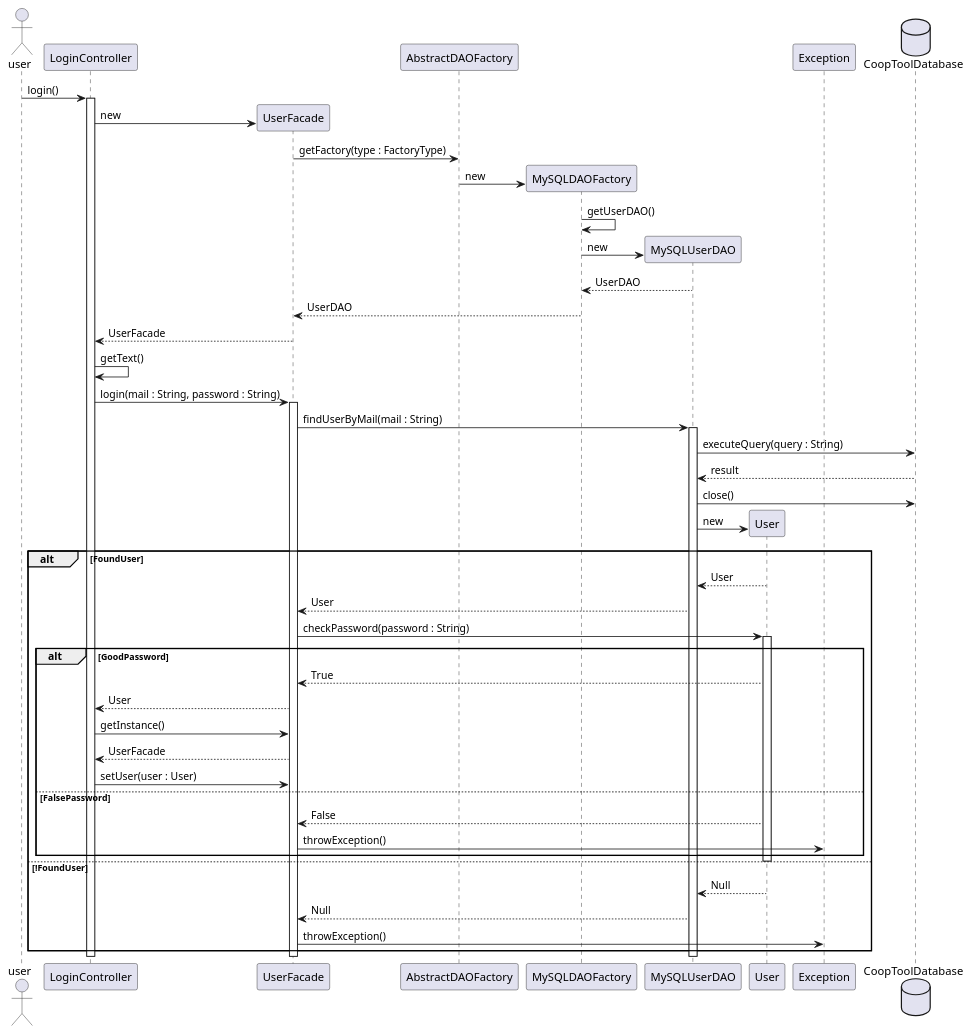
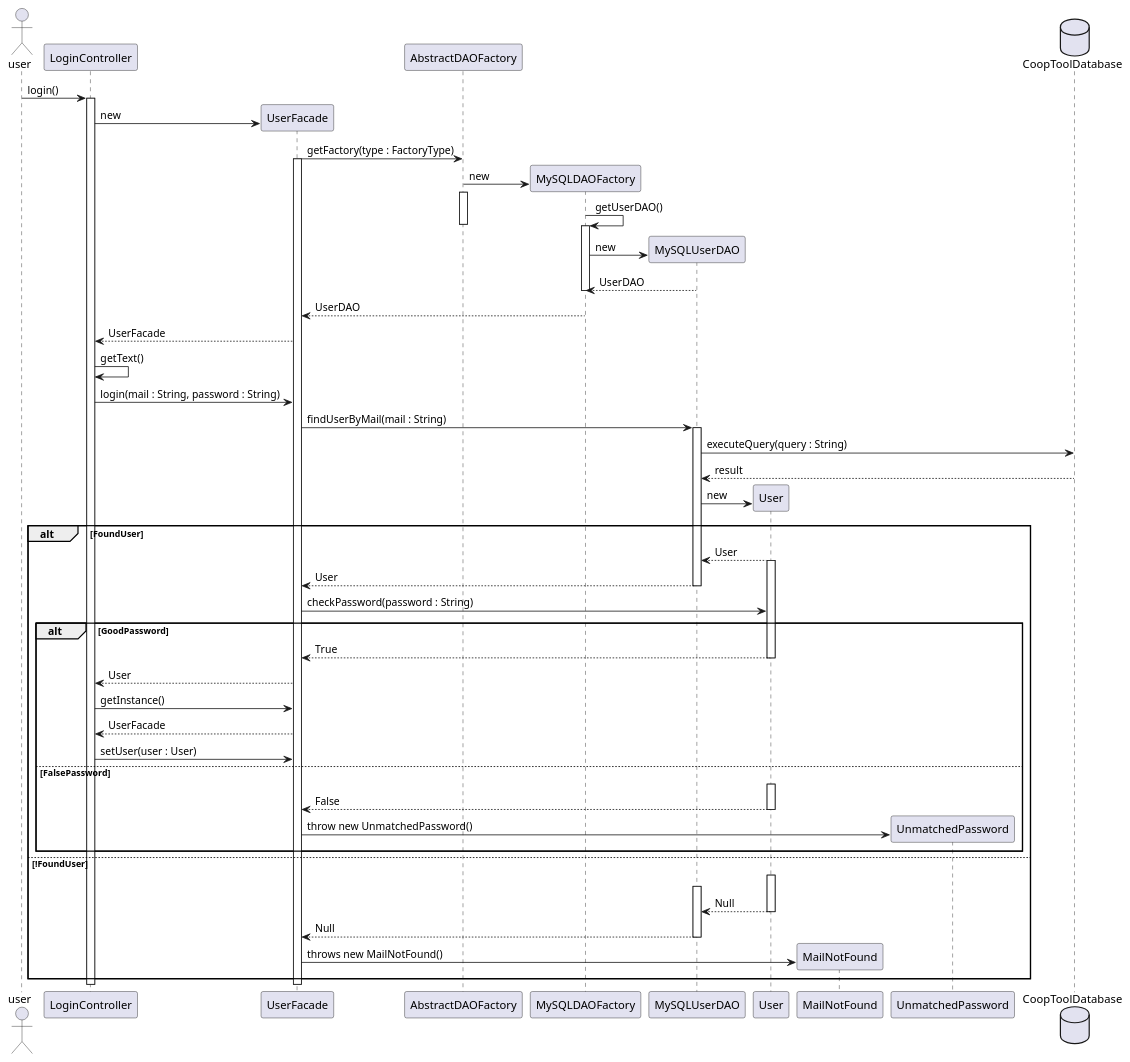
The diagram in ext/sequenceDiag/loginDiagram.puml (Guillaume-Dufour/coopToolProject), drawn with PlantUML before and after one commit.

Commit message:
modification diagramme de séquence

```diff
--- a/ext/sequenceDiag/loginDiagram.puml
+++ b/ext/sequenceDiag/loginDiagram.puml
@@ -1,60 +1,80 @@
 @startuml
 
 actor user
 participant LoginController
 participant UserFacade
 participant AbstractDAOFactory
 participant MySQLDAOFactory
 participant MySQLUserDAO
 participant User
-participant Exception
+participant MailNotFound
+participant UnmatchedPassword
 database CoopToolDatabase
+
 user -> LoginController : login()
 activate LoginController
 create UserFacade
 LoginController -> UserFacade  : new
 UserFacade -> AbstractDAOFactory : getFactory(type : FactoryType)
+activate UserFacade
 create MySQLDAOFactory
 AbstractDAOFactory -> MySQLDAOFactory : new
+activate AbstractDAOFactory
 MySQLDAOFactory -> MySQLDAOFactory : getUserDAO()
+deactivate AbstractDAOFactory
 create MySQLUserDAO
+activate MySQLDAOFactory
 MySQLDAOFactory -> MySQLUserDAO : new
 MySQLUserDAO --> MySQLDAOFactory : UserDAO
+deactivate MySQLDAOFactory
 MySQLDAOFactory --> UserFacade : UserDAO
 UserFacade --> LoginController : UserFacade
 LoginController -> LoginController : getText()
+
 LoginController -> UserFacade : login(mail : String, password : String)
-activate UserFacade
 UserFacade -> MySQLUserDAO : findUserByMail(mail : String)
 activate MySQLUserDAO
 MySQLUserDAO -> CoopToolDatabase : executeQuery(query : String)
 CoopToolDatabase --> MySQLUserDAO : result
-MySQLUserDAO -> CoopToolDatabase : close()
 create User
 MySQLUserDAO -> User : new
+
 alt FoundUser
-User --> MySQLUserDAO : User
-MySQLUserDAO --> UserFacade : User
-UserFacade -> User : checkPassword(password : String)
-activate User
-alt GoodPassword
-User --> UserFacade : True
-UserFacade --> LoginController : User
-LoginController -> UserFacade : getInstance()
-UserFacade --> LoginController : UserFacade
-LoginController -> UserFacade : setUser(user : User)
-else FalsePassword
-User --> UserFacade : False
-UserFacade -> Exception : throwException()
+    User --> MySQLUserDAO : User
+    activate User
+    MySQLUserDAO --> UserFacade : User
+    deactivate MySQLUserDAO
+    UserFacade -> User : checkPassword(password : String)
+    alt GoodPassword
+        User --> UserFacade : True
+        deactivate User
+        UserFacade --> LoginController : User
+        LoginController -> UserFacade : getInstance()
+        UserFacade --> LoginController : UserFacade
+        LoginController -> UserFacade : setUser(user : User)
+    else FalsePassword
+        UserFacade -[hidden]> User
+        activate User
+        User --> UserFacade : False
+        deactivate User
+        create UnmatchedPassword
+        UserFacade -> UnmatchedPassword : throw new UnmatchedPassword()
+    end
+else !FoundUser
+    MySQLUserDAO -[hidden]> User
+    activate User
+    User -[hidden]> MySQLUserDAO
+    activate MySQLUserDAO
+    User --> MySQLUserDAO : Null
+    deactivate User
+    MySQLUserDAO --> UserFacade : Null
+    deactivate MySQLUserDAO
+    deactivate MySQLDAOFactory
+    create MailNotFound
+    UserFacade -> MailNotFound : throws new MailNotFound()
 end
-deactivate User
-else !FoundUser
-User --> MySQLUserDAO : Null
-MySQLUserDAO --> UserFacade : Null
-UserFacade -> Exception : throwException()
-end
+
 deactivate LoginController
 deactivate UserFacade
-deactivate MySQLUserDAO
 
 @enduml
```
